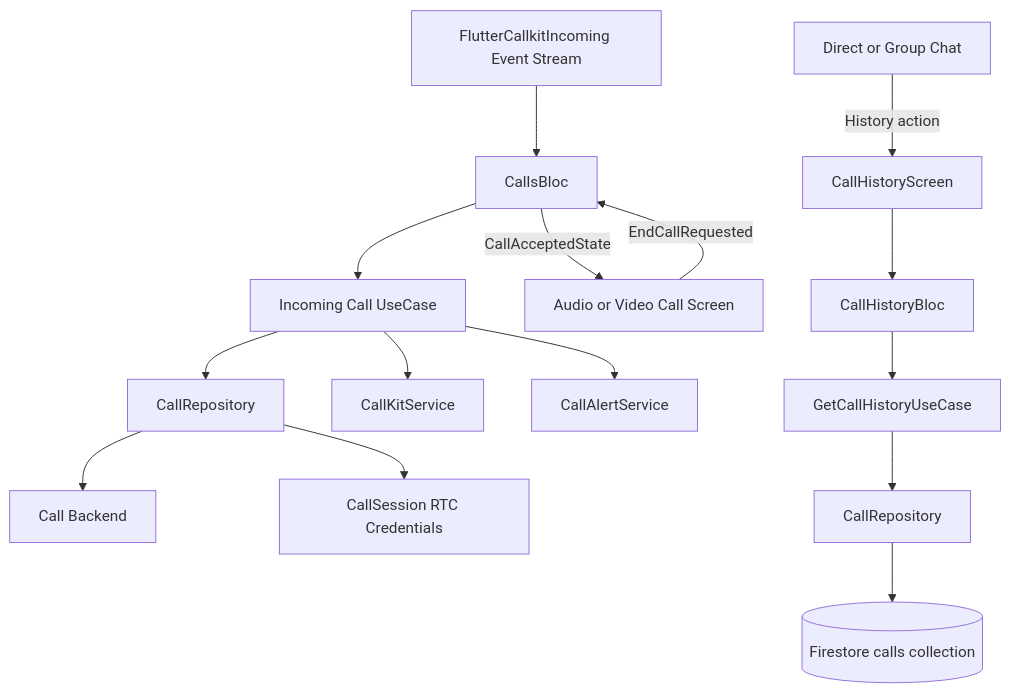
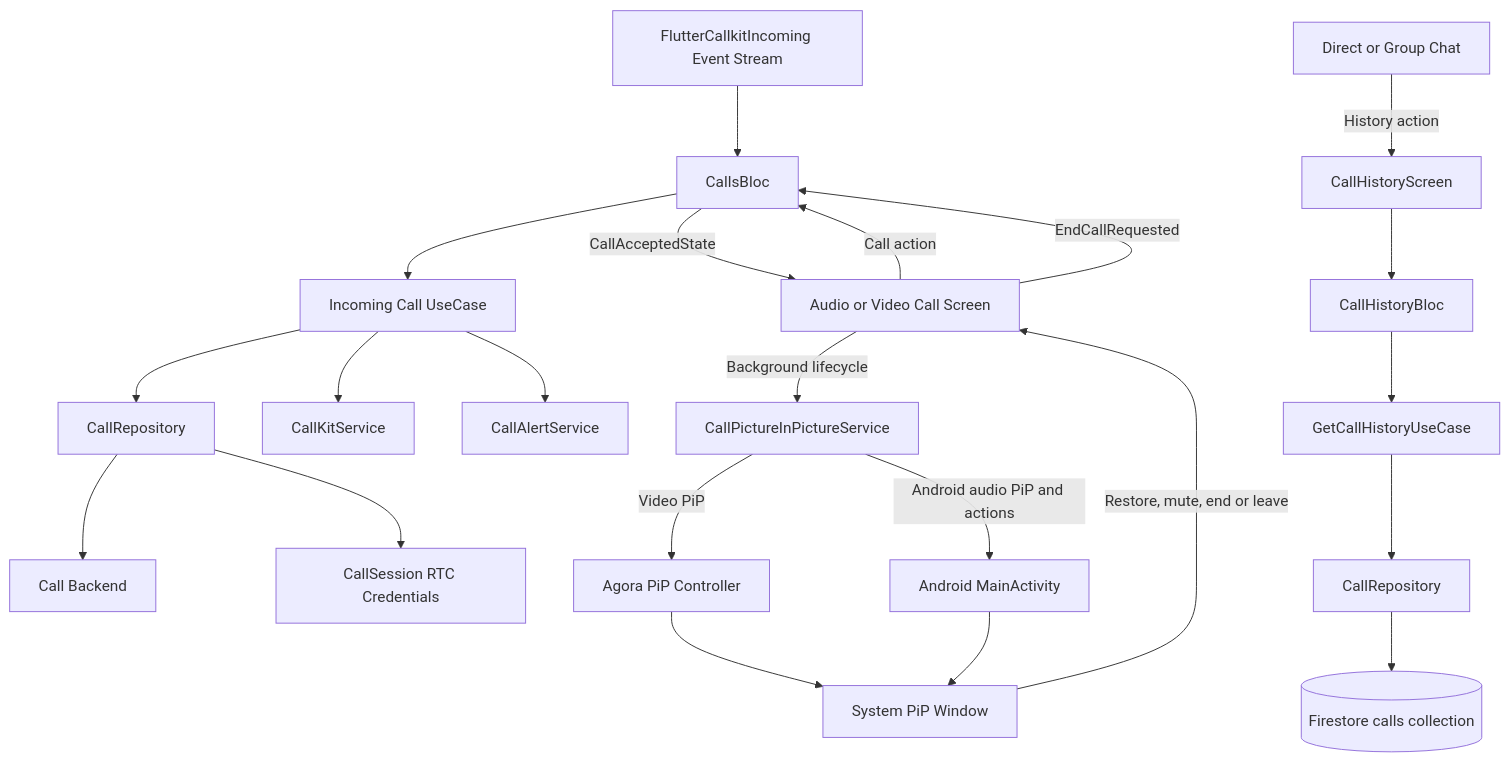
One commit to jeksonshar/CollabTasks changed the diagram in docs/features/calls.md. Above: the diagram before and after it, drawn with Mermaid. The commit also changed other lines of this file and 33 other files, not shown here.

````diff
--- a/docs/features/calls.md
+++ b/docs/features/calls.md
@@ -185,17 +211,24 @@
 ```mermaid
 graph TD
     Native[FlutterCallkitIncoming Event Stream] --> Bloc[CallsBloc]
     Bloc --> UC[Incoming Call UseCase]
     UC --> Repo[CallRepository]
     Repo --> Backend[Call Backend]
     UC --> Kit[CallKitService]
     UC --> Alert[CallAlertService]
     Repo --> Session[CallSession RTC Credentials]
     Bloc -->|CallAcceptedState| Screen[Audio or Video Call Screen]
+    Screen -->|Background lifecycle| PipService[CallPictureInPictureService]
+    PipService -->|Video PiP| AgoraPip[Agora PiP Controller]
+    PipService -->|Android audio PiP and actions| NativePip[Android MainActivity]
+    AgoraPip --> SystemPip[System PiP Window]
+    NativePip --> SystemPip
+    SystemPip -->|Restore, mute, end or leave| Screen
+    Screen -->|Call action| Bloc
     Screen -->|EndCallRequested| Bloc
     Chat[Direct or Group Chat] -->|History action| HistoryScreen[CallHistoryScreen]
     HistoryScreen --> HistoryBloc[CallHistoryBloc]
     HistoryBloc --> HistoryUC[GetCallHistoryUseCase]
     HistoryUC --> CallRepo[CallRepository]
     CallRepo --> CallsCollection[(Firestore calls collection)]
 ```
````
